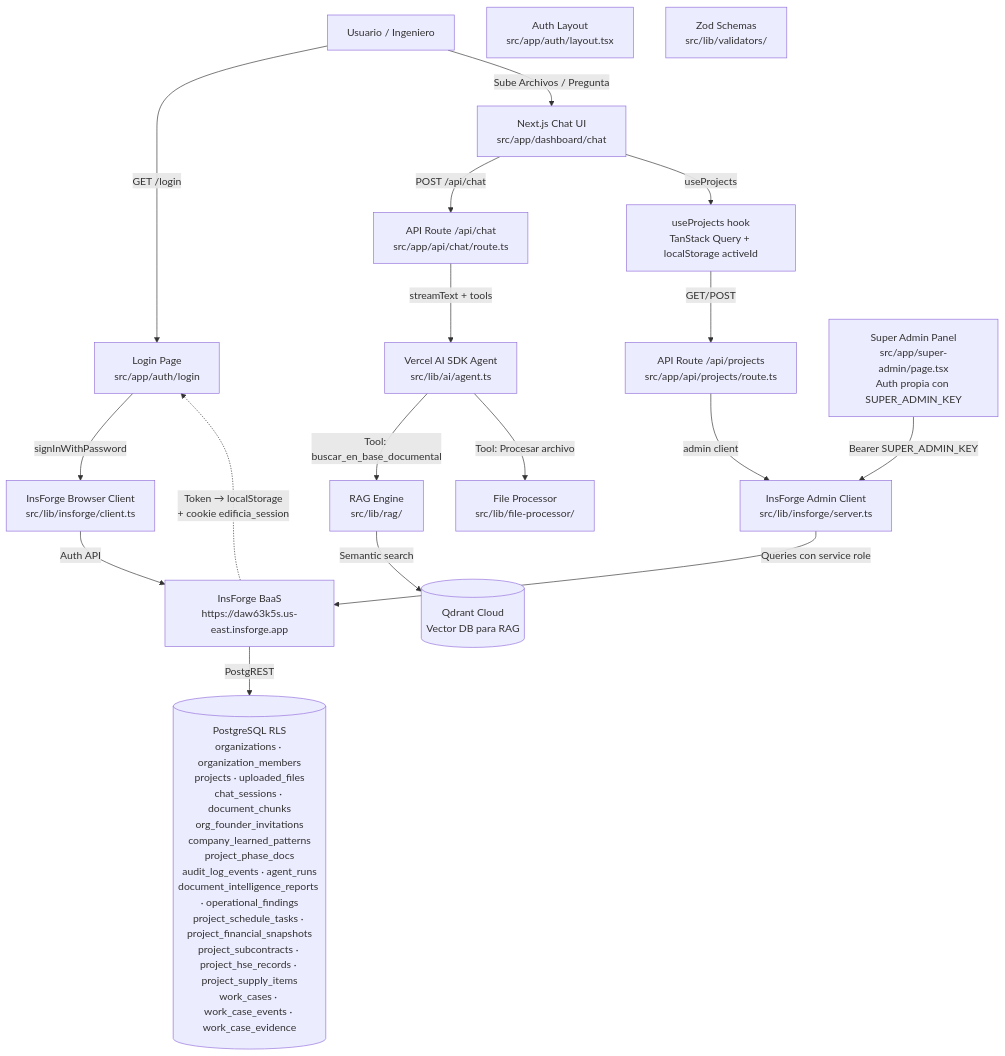
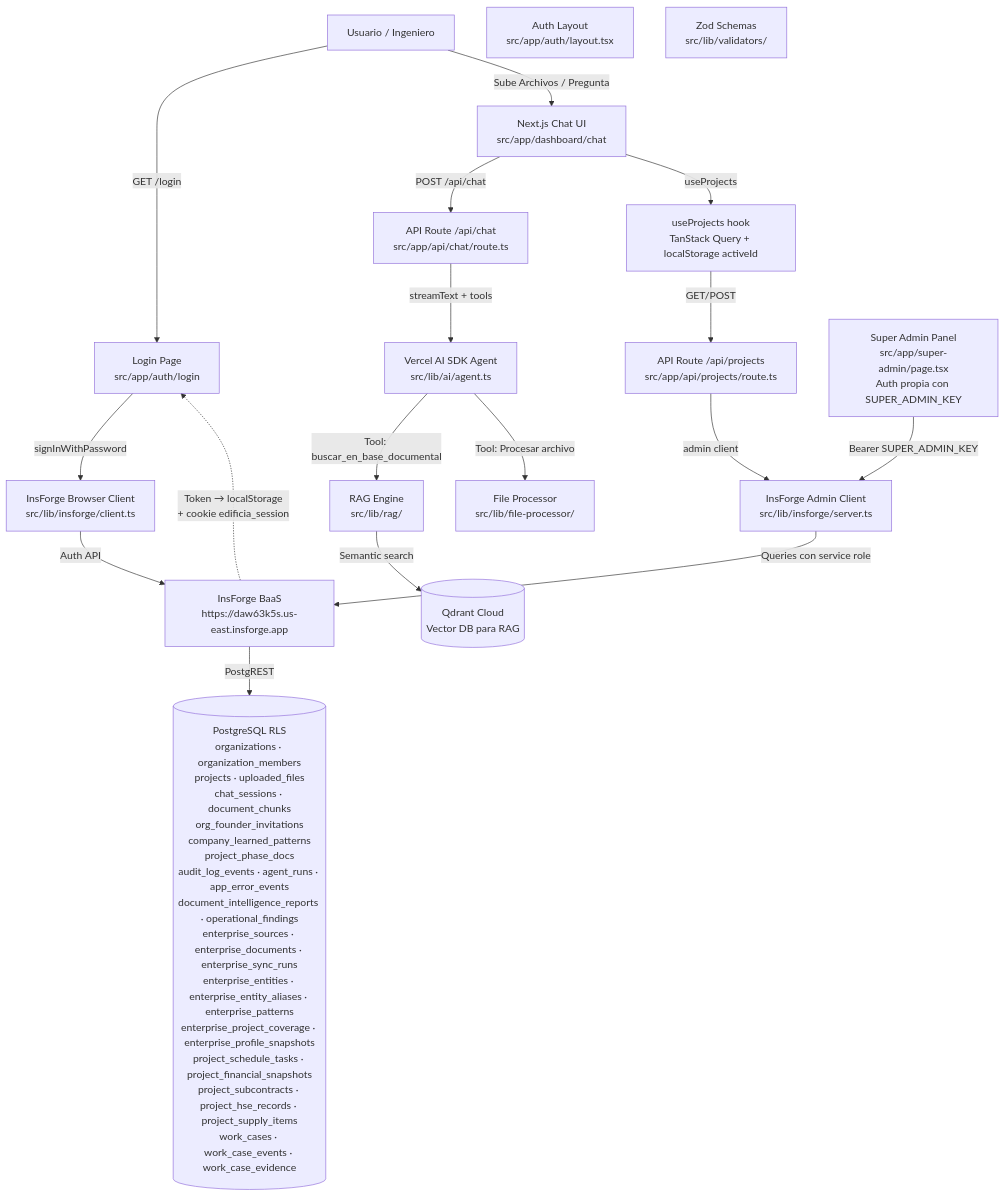
Before and after one commit to nachapoticon-dot/EdificiA-Core: the diagram in docs/04_architecture_map.md, drawn with Mermaid. The commit also changed other lines of this file and 63 other files, not shown here.

Commit message:
Converge enterprise intelligence layer

````diff
--- a/docs/04_architecture_map.md
+++ b/docs/04_architecture_map.md
@@ -20,67 +20,67 @@
 ```mermaid
 graph TD
     %% Entidades externas
     User[Usuario / Ingeniero]
 
     %% Auth Flow
     LoginPage[Login Page\nsrc/app/auth/login]
     AuthLayout[Auth Layout\nsrc/app/auth/layout.tsx]
 
     %% Dashboard
     ChatUI[Next.js Chat UI\nsrc/app/dashboard/chat]
     ChatAPI[API Route /api/chat\nsrc/app/api/chat/route.ts]
 
     %% AI
     AI_Agent[Vercel AI SDK Agent\nsrc/lib/ai/agent.ts]
 
     %% InsForge
     BrowserClient[InsForge Browser Client\nsrc/lib/insforge/client.ts]
     AdminClient[InsForge Admin Client\nsrc/lib/insforge/server.ts]
     InsForgeBackend[InsForge BaaS\nhttps://daw63k5s.us-east.insforge.app]
 
     %% DB
-    DB[(PostgreSQL RLS\norganizations · organization_members\nprojects · uploaded_files\nchat_sessions · document_chunks\norg_founder_invitations\ncompany_learned_patterns\nproject_phase_docs\naudit_log_events · agent_runs\ndocument_intelligence_reports · operational_findings\nproject_schedule_tasks · project_financial_snapshots\nproject_subcontracts · project_hse_records · project_supply_items\nwork_cases · work_case_events · work_case_evidence)]
+    DB[(PostgreSQL RLS\norganizations · organization_members\nprojects · uploaded_files\nchat_sessions · document_chunks\norg_founder_invitations\ncompany_learned_patterns\nproject_phase_docs\naudit_log_events · agent_runs · app_error_events\ndocument_intelligence_reports · operational_findings\nenterprise_sources · enterprise_documents · enterprise_sync_runs\nenterprise_entities · enterprise_entity_aliases · enterprise_patterns\nenterprise_project_coverage · enterprise_profile_snapshots\nproject_schedule_tasks · project_financial_snapshots\nproject_subcontracts · project_hse_records · project_supply_items\nwork_cases · work_case_events · work_case_evidence)]
 
     %% Qdrant
     Qdrant[(Qdrant Cloud\nVector DB para RAG)]
 
     %% Tools
     Parser[File Processor\nsrc/lib/file-processor/]
     RAG[RAG Engine\nsrc/lib/rag/]
 
     %% Validators
     Validators[Zod Schemas\nsrc/lib/validators/]
 
     %% Projects API
     ProjectsAPI[API Route /api/projects\nsrc/app/api/projects/route.ts]
     useProjects[useProjects hook\nTanStack Query + localStorage activeId]
 
     %% Super Admin
     SuperAdmin[Super Admin Panel\nsrc/app/super-admin/page.tsx\nAuth propia con SUPER_ADMIN_KEY]
 
     %% Conexiones Auth (middleware real + cookie de sesión)
     User -- "GET /login" --> LoginPage
     LoginPage -- "signInWithPassword" --> BrowserClient
     BrowserClient -- "Auth API" --> InsForgeBackend
     InsForgeBackend -. "Token → localStorage\n+ cookie edificia_session" .-> LoginPage
 
     %% Conexiones Chat
     User -- "Sube Archivos / Pregunta" --> ChatUI
     ChatUI -- "POST /api/chat" --> ChatAPI
     ChatAPI -- "streamText + tools" --> AI_Agent
     AI_Agent -- "Tool: buscar_en_base_documental" --> RAG
     RAG -- "Semantic search" --> Qdrant
     AI_Agent -- "Tool: Procesar archivo" --> Parser
 
     %% Projects
     ChatUI -- "useProjects" --> useProjects
     useProjects -- "GET/POST" --> ProjectsAPI
     ProjectsAPI -- "admin client" --> AdminClient
 
     %% DB
     AdminClient -- "Queries con service role" --> InsForgeBackend
     InsForgeBackend -- "PostgREST" --> DB
 
     %% Super Admin (independiente)
     SuperAdmin -- "Bearer SUPER_ADMIN_KEY" --> AdminClient
 ```
````
